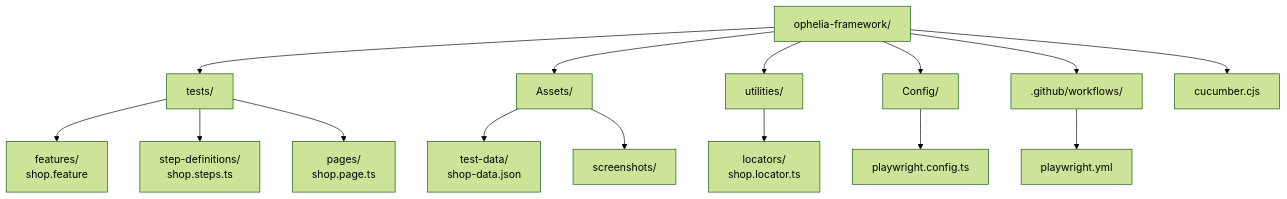
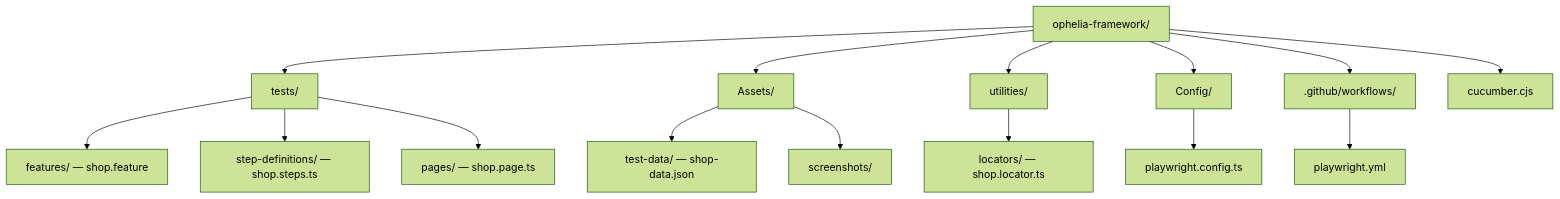
Before and after one commit to ron457/Cucumber-Test-Ophelia: the third of 15 diagrams in rchitecture.md, drawn with Mermaid (forest theme). The commit also changed other lines of this file, not shown here.

````diff
--- a/rchitecture.md
+++ b/rchitecture.md
@@ -85,22 +85,22 @@
 ```mermaid
 flowchart TD
-    ROOT[ophelia-framework/] --> TESTS[tests/]
-    ROOT --> ASSETS[Assets/]
-    ROOT --> UTILS[utilities/]
-    ROOT --> CONFIG[Config/]
-    ROOT --> GITHUB[.github/workflows/]
-    ROOT --> RUNNER[cucumber.cjs]
+    ROOT["ophelia-framework/"] --> TESTS["tests/"]
+    ROOT --> ASSETS["Assets/"]
+    ROOT --> UTILS["utilities/"]
+    ROOT --> CONFIG["Config/"]
+    ROOT --> GITHUB[".github/workflows/"]
+    ROOT --> RUNNER["cucumber.cjs"]
 
-    TESTS --> FEAT[features/\nshop.feature]
-    TESTS --> STEPS[step-definitions/\nshop.steps.ts]
-    TESTS --> PAGES[pages/\nshop.page.ts]
+    TESTS --> FEAT["features/ — shop.feature"]
+    TESTS --> STEPS["step-definitions/ — shop.steps.ts"]
+    TESTS --> PAGES["pages/ — shop.page.ts"]
 
-    ASSETS --> TESTDATA[test-data/\nshop-data.json]
-    ASSETS --> SCREENSHOTS[screenshots/]
+    ASSETS --> TESTDATA["test-data/ — shop-data.json"]
+    ASSETS --> SCREENSHOTS["screenshots/"]
 
-    UTILS --> LOCATORS[locators/\nshop.locator.ts]
+    UTILS --> LOCATORS["locators/ — shop.locator.ts"]
 
-    CONFIG --> PWCONFIG[playwright.config.ts]
+    CONFIG --> PWCONFIG["playwright.config.ts"]
 
-    GITHUB --> WORKFLOW[playwright.yml]
+    GITHUB --> WORKFLOW["playwright.yml"]
 ```
````
